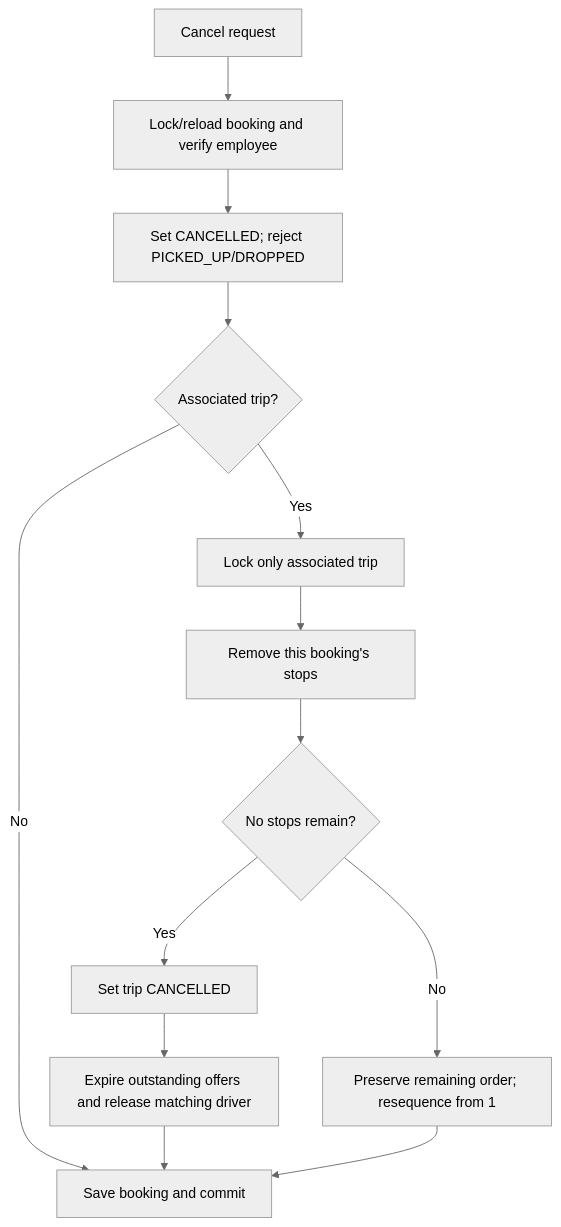
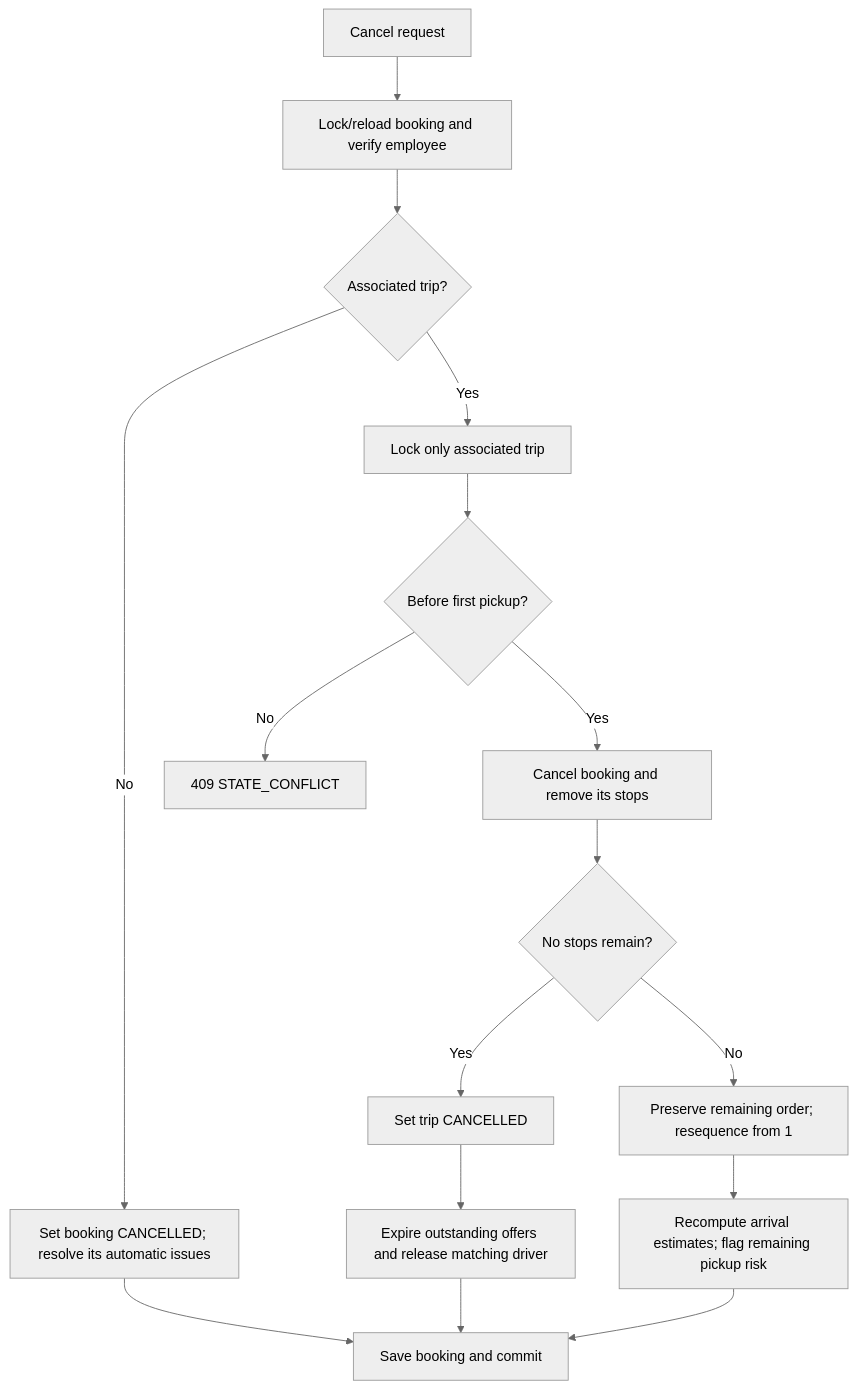
The second of 2 diagrams in docs/batching-strategy.md (aakash-kr-7/sla-aware-ride-batching), drawn with Mermaid (neutral theme) before and after one commit. The commit also changed other lines of this file and 14 other files, not shown here.

````diff
--- a/docs/batching-strategy.md
+++ b/docs/batching-strategy.md
@@ -85,15 +85,18 @@
 ```mermaid
 flowchart TD
     Cancel[Cancel request] --> Owner[Lock/reload booking and verify employee]
-    Owner --> State[Set CANCELLED; reject PICKED_UP/DROPPED]
-    State --> HasTrip{Associated trip?}
-    HasTrip -->|No| Commit[Save booking and commit]
+    Owner --> HasTrip{Associated trip?}
+    HasTrip -->|No| PendingCancel[Set booking CANCELLED; resolve its automatic issues]
+    PendingCancel --> Commit[Save booking and commit]
     HasTrip -->|Yes| Lock[Lock only associated trip]
-    Lock --> Remove[Remove this booking's stops]
+    Lock --> Boundary{Before first pickup?}
+    Boundary -->|No| Reject[409 STATE_CONFLICT]
+    Boundary -->|Yes| Remove[Cancel booking and remove its stops]
     Remove --> Empty{No stops remain?}
     Empty -->|Yes| CancelTrip[Set trip CANCELLED]
     Empty -->|No| Resequence[Preserve remaining order; resequence from 1]
     CancelTrip --> Release[Expire outstanding offers and release matching driver]
     Release --> Commit
-    Resequence --> Commit
+    Resequence --> Timing[Recompute arrival estimates; flag remaining pickup risk]
+    Timing --> Commit
 ```
````
